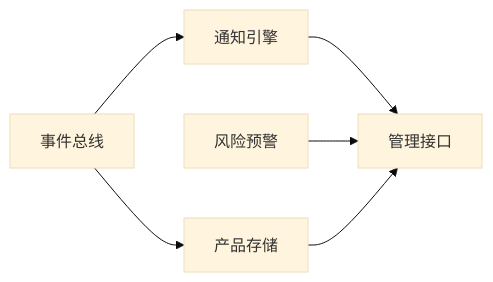
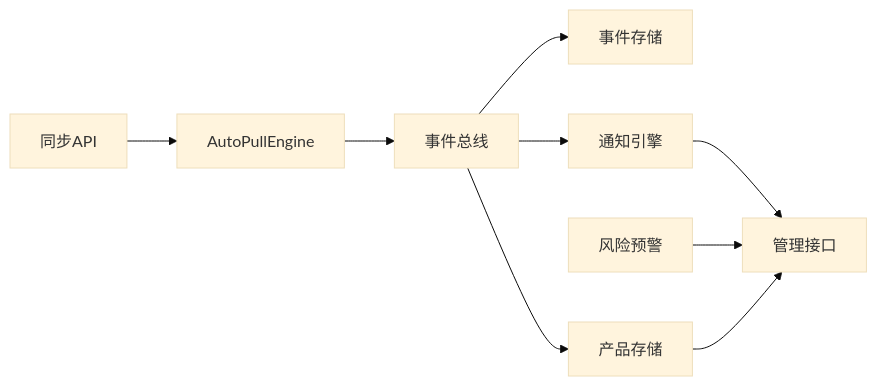
The tenth of 10 diagrams in .qoder/repowiki/zh/content/监控与运维/日志管理.md (angledick/-), drawn with Mermaid (base theme) before and after one commit. The commit also changed other lines of this file and 770 other files, not shown here.

````diff
--- a/.qoder/repowiki/zh/content/监控与运维/日志管理.md
+++ b/.qoder/repowiki/zh/content/监控与运维/日志管理.md
@@ -269,8 +472,11 @@
 ```mermaid
 graph LR
-EB["事件总线"] --> PS["产品存储"]
+APE["AutoPullEngine"] --> EB["事件总线"]
+EB --> ES["事件存储"]
+EB --> PS["产品存储"]
 EB --> NE["通知引擎"]
 NE --> ADM["管理接口"]
 RA["风险预警"] --> ADM
 PS --> ADM
+SYNCAPI["同步API"] --> APE
 ```
````
